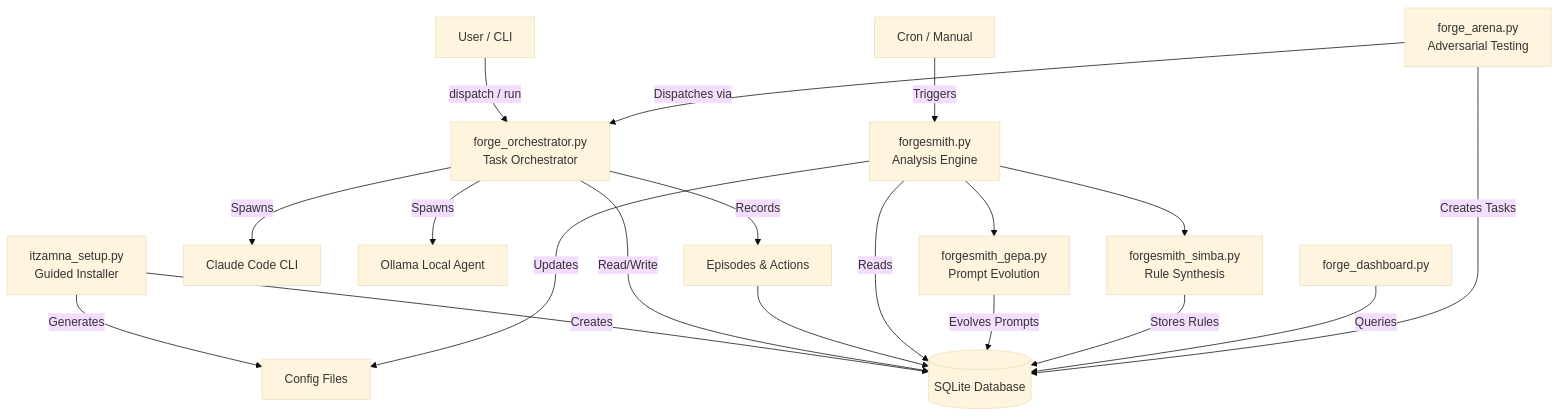
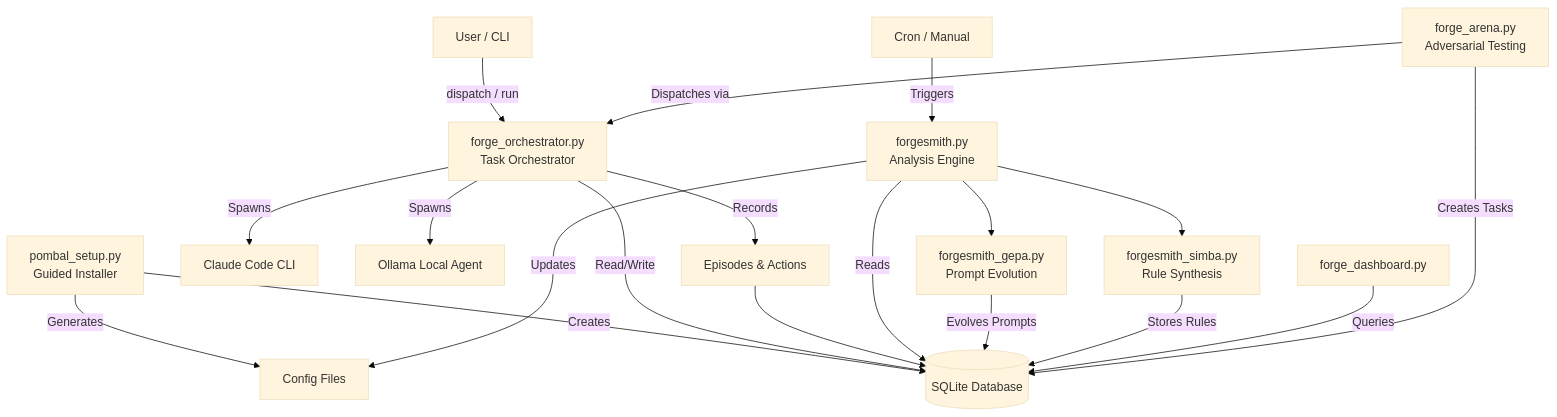
Before and after one commit to sbknana/project-pombal: the first of 4 diagrams in docs/ARCHITECTURE.md, drawn with Mermaid (base theme). The commit also changed other lines of this file and 45 other files, not shown here.

First line of the commit message:
Rename project from Itzamna/ForgeTeam to Project Pombal

````diff
--- a/docs/ARCHITECTURE.md
+++ b/docs/ARCHITECTURE.md
@@ -48,24 +48,24 @@
 ```mermaid
 graph TD
-    Setup[itzamna_setup.py<br>Guided Installer] -->|Creates| DB[(SQLite Database)]
+    Setup[pombal_setup.py<br>Guided Installer] -->|Creates| DB[(SQLite Database)]
     Setup -->|Generates| Config[Config Files]
 
     CLI[User / CLI] -->|dispatch / run| Orchestrator[forge_orchestrator.py<br>Task Orchestrator]
     Orchestrator -->|Read/Write| DB
     Orchestrator -->|Spawns| Claude[Claude Code CLI]
     Orchestrator -->|Spawns| Ollama[Ollama Local Agent]
     Orchestrator -->|Records| Episodes[Episodes & Actions]
     Episodes --> DB
 
     Cron[Cron / Manual] -->|Triggers| ForgeSmith[forgesmith.py<br>Analysis Engine]
     ForgeSmith -->|Reads| DB
     ForgeSmith -->|Updates| Config
     ForgeSmith --> GEPA[forgesmith_gepa.py<br>Prompt Evolution]
     ForgeSmith --> SIMBA[forgesmith_simba.py<br>Rule Synthesis]
     GEPA -->|Evolves Prompts| DB
     SIMBA -->|Stores Rules| DB
 
     Dashboard[forge_dashboard.py] -->|Queries| DB
     Arena[forge_arena.py<br>Adversarial Testing] -->|Creates Tasks| DB
     Arena -->|Dispatches via| Orchestrator
 ```
````
